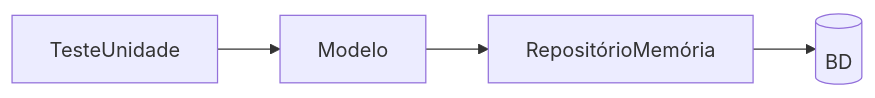
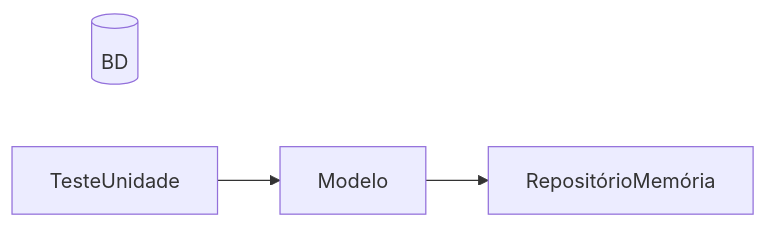
The second of 2 diagrams in docs/testes-unidade.md (mtov/esmforum), drawn with Mermaid before and after one commit. The commit also changed other lines of this file, not shown here.

````diff
--- a/docs/testes-unidade.md
+++ b/docs/testes-unidade.md
@@ -74,7 +74,6 @@
 ```mermaid
 flowchart LR
     BD[(BD)]
     TesteUnidade --> Modelo
     Modelo --> RepositórioMemória
-    RepositórioMemória --> BD
 ```
````
